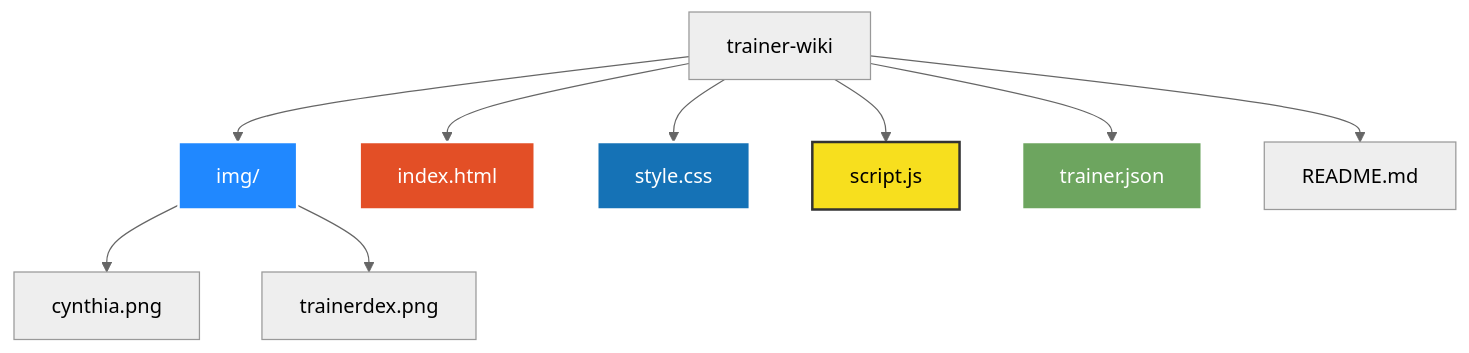
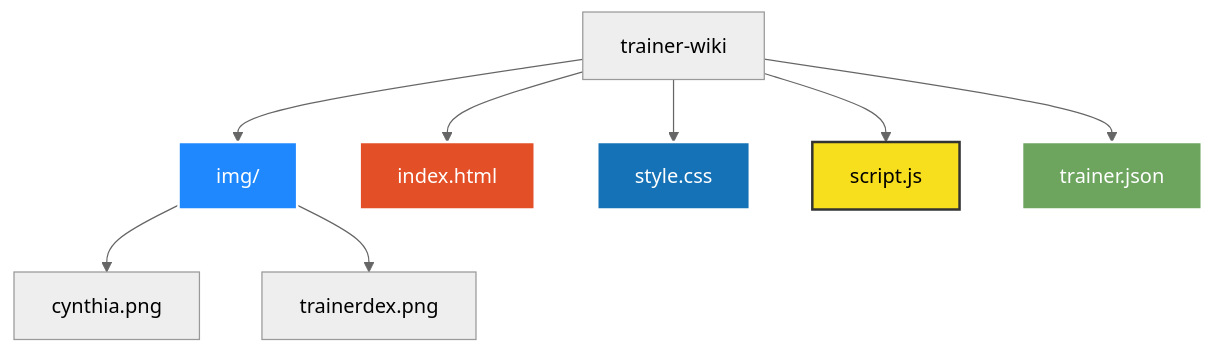
One commit to AliceSilva2012/trainer-wiki changed the diagram in README.md. Above: the diagram before and after it, drawn with Mermaid (neutral theme).

Commit message:
Remove README.md reference from file structure
Removed reference to README.md in the file structure.

````diff
--- a/README.md
+++ b/README.md
@@ -100,18 +100,17 @@
 ```mermaid
 graph TD
     A[trainer-wiki] --> B[img/]
     A --> C[index.html]
     A --> D[style.css]
     A --> E[script.js]
     A --> F[trainer.json]
-    A --> G[README.md]
 
     B --> B1[cynthia.png]
     B --> B2[trainerdex.png]
 
     style B fill:#2088ff,stroke:#fff,stroke-width:2px,color:#fff
     style C fill:#e34f26,stroke:#fff,stroke-width:2px,color:#fff
     style D fill:#1572b6,stroke:#fff,stroke-width:2px,color:#fff
     style E fill:#f7df1e,stroke:#333,stroke-width:2px,color:#000
     style F fill:#6da55f,stroke:#fff,stroke-width:2px,color:#fff
 ```
````
